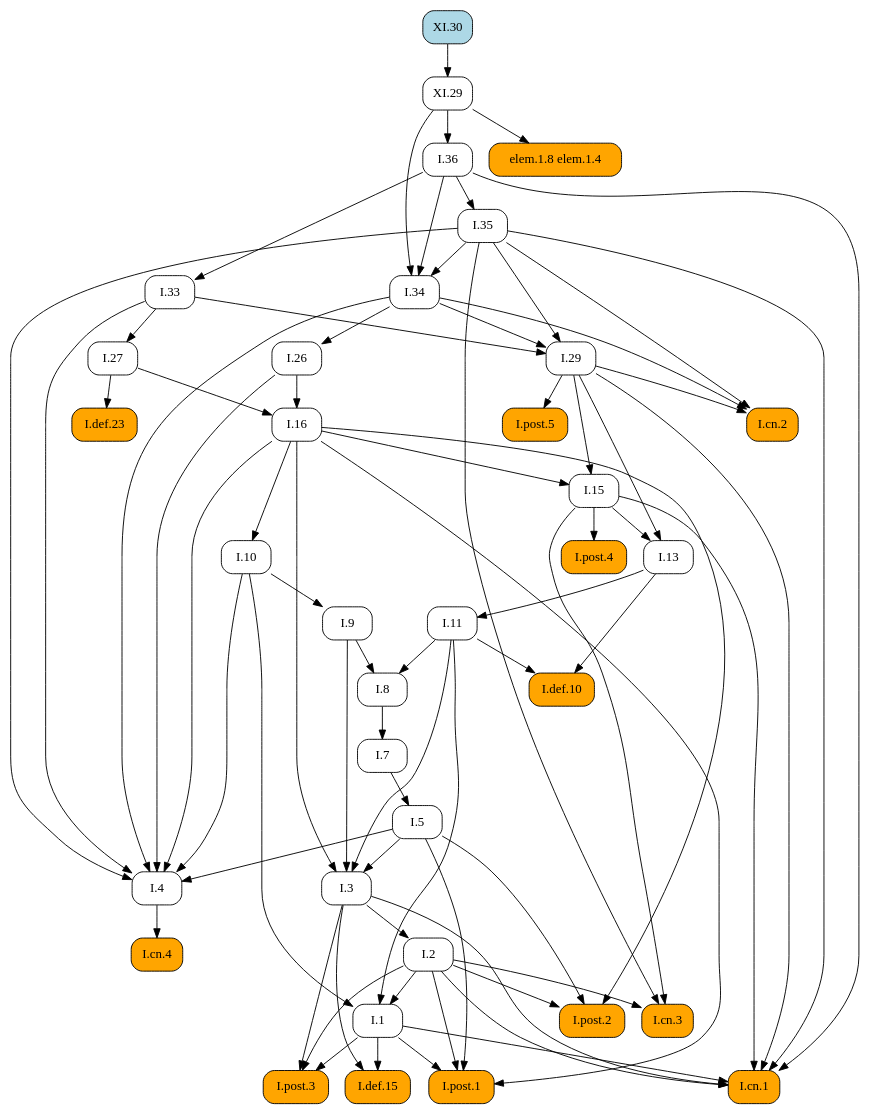
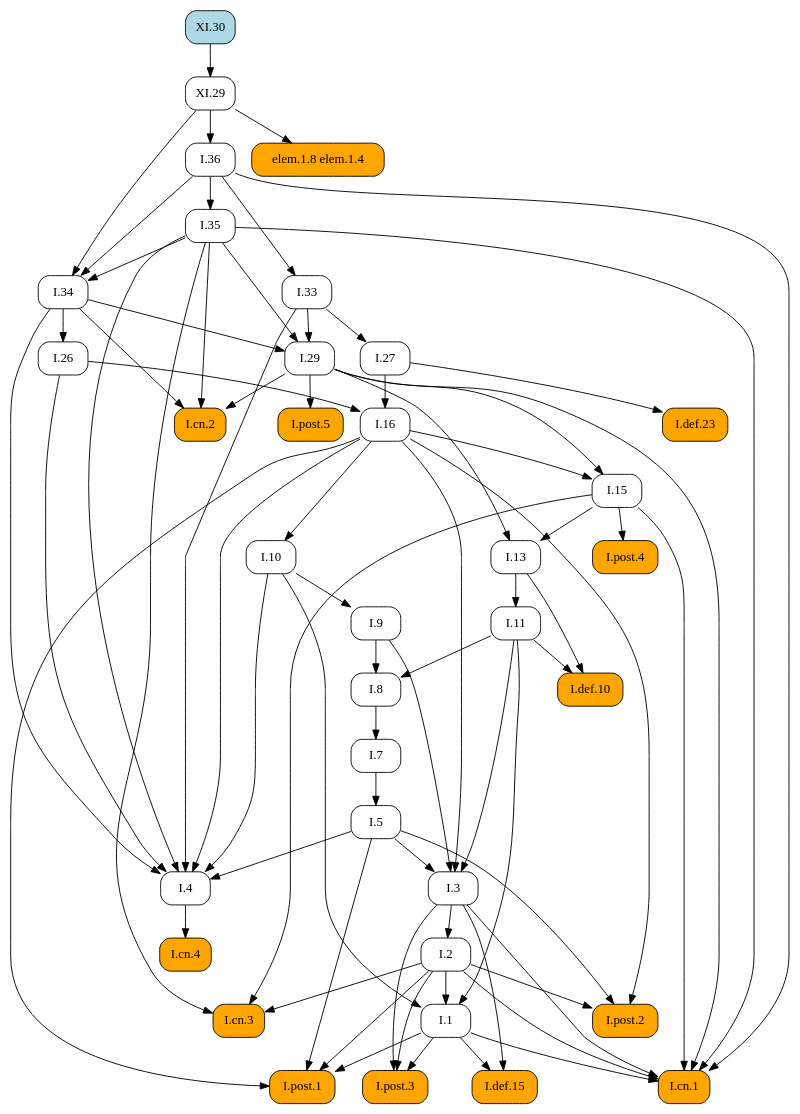
The diagram in docsrc/heath/XI/30/index.rst (geometor/elements), drawn with Graphviz before and after one commit. The commit also changed other lines of this file and 1029 other files, not shown here.

```diff
--- a/docsrc/heath/XI/30/index.rst
+++ b/docsrc/heath/XI/30/index.rst
@@ -37,78 +37,87 @@
    digraph {
      rankdir="TB";
      node [shape=box, style=rounded];
+     "I.def.10" [style="rounded,filled", fillcolor=orange, URL="/heath/I/def.10/", target="_top"];
+     "I.11" [URL="/heath/I/11/", target="_top"];
+     "I.post.4" [style="rounded,filled", fillcolor=orange, URL="/heath/I/post.4/", target="_top"];
+     "I.1" [URL="/heath/I/1/", target="_top"];
+     "I.26" [URL="/heath/I/26/", target="_top"];
+     "I.29" [URL="/heath/I/29/", target="_top"];
+     "I.cn.2" [style="rounded,filled", fillcolor=orange, URL="/heath/I/cn.2/", target="_top"];
+     "XI.30" [style="rounded,filled", fillcolor=lightblue, URL="/heath/XI/30/", target="_top"];
+     "I.def.15" [style="rounded,filled", fillcolor=orange, URL="/heath/I/def.15/", target="_top"];
+     "I.post.3" [style="rounded,filled", fillcolor=orange, URL="/heath/I/post.3/", target="_top"];
+     "I.cn.1" [style="rounded,filled", fillcolor=orange, URL="/heath/I/cn.1/", target="_top"];
      "I.cn.3" [style="rounded,filled", fillcolor=orange, URL="/heath/I/cn.3/", target="_top"];
-     "I.29" [URL="/heath/I/29/", target="_top"];
+     "XI.29" [URL="/heath/XI/29/", target="_top"];
+     "I.post.1" [style="rounded,filled", fillcolor=orange, URL="/heath/I/post.1/", target="_top"];
+     "I.35" [URL="/heath/I/35/", target="_top"];
+     "I.36" [URL="/heath/I/36/", target="_top"];
+     "I.27" [URL="/heath/I/27/", target="_top"];
      "I.7" [URL="/heath/I/7/", target="_top"];
-     "I.27" [URL="/heath/I/27/", target="_top"];
+     "I.34" [URL="/heath/I/34/", target="_top"];
+     "I.3" [URL="/heath/I/3/", target="_top"];
+     "I.2" [URL="/heath/I/2/", target="_top"];
+     "I.4" [URL="/heath/I/4/", target="_top"];
      "I.def.23" [style="rounded,filled", fillcolor=orange, URL="/heath/I/def.23/", target="_top"];
-     "I.34" [URL="/heath/I/34/", target="_top"];
+     "elem.1.8 elem.1.4" [style="rounded,filled", fillcolor=orange];
+     "I.13" [URL="/heath/I/13/", target="_top"];
+     "I.33" [URL="/heath/I/33/", target="_top"];
+     "I.post.2" [style="rounded,filled", fillcolor=orange, URL="/heath/I/post.2/", target="_top"];
+     "I.16" [URL="/heath/I/16/", target="_top"];
+     "I.9" [URL="/heath/I/9/", target="_top"];
      "I.8" [URL="/heath/I/8/", target="_top"];
-     "I.9" [URL="/heath/I/9/", target="_top"];
-     "I.post.4" [style="rounded,filled", fillcolor=orange, URL="/heath/I/post.4/", target="_top"];
-     "I.2" [URL="/heath/I/2/", target="_top"];
-     "I.def.15" [style="rounded,filled", fillcolor=orange, URL="/heath/I/def.15/", target="_top"];
-     "I.1" [URL="/heath/I/1/", target="_top"];
-     "I.post.1" [style="rounded,filled", fillcolor=orange, URL="/heath/I/post.1/", target="_top"];
      "I.cn.4" [style="rounded,filled", fillcolor=orange, URL="/heath/I/cn.4/", target="_top"];
-     "I.26" [URL="/heath/I/26/", target="_top"];
-     "I.33" [URL="/heath/I/33/", target="_top"];
-     "I.13" [URL="/heath/I/13/", target="_top"];
-     "I.cn.2" [style="rounded,filled", fillcolor=orange, URL="/heath/I/cn.2/", target="_top"];
+     "I.15" [URL="/heath/I/15/", target="_top"];
+     "I.post.5" [style="rounded,filled", fillcolor=orange, URL="/heath/I/post.5/", target="_top"];
+     "I.10" [URL="/heath/I/10/", target="_top"];
      "I.5" [URL="/heath/I/5/", target="_top"];
-     "I.11" [URL="/heath/I/11/", target="_top"];
-     "I.10" [URL="/heath/I/10/", target="_top"];
-     "I.4" [URL="/heath/I/4/", target="_top"];
-     "I.3" [URL="/heath/I/3/", target="_top"];
-     "I.16" [URL="/heath/I/16/", target="_top"];
-     "I.def.10" [style="rounded,filled", fillcolor=orange, URL="/heath/I/def.10/", target="_top"];
-     "XI.29" [URL="/heath/XI/29/", target="_top"];
-     "I.post.2" [style="rounded,filled", fillcolor=orange, URL="/heath/I/post.2/", target="_top"];
-     "I.post.3" [style="rounded,filled", fillcolor=orange, URL="/heath/I/post.3/", target="_top"];
-     "I.post.5" [style="rounded,filled", fillcolor=orange, URL="/heath/I/post.5/", target="_top"];
-     "XI.30" [style="rounded,filled", fillcolor=lightblue, URL="/heath/XI/30/", target="_top"];
-     "I.36" [URL="/heath/I/36/", target="_top"];
-     "I.35" [URL="/heath/I/35/", target="_top"];
-     "I.15" [URL="/heath/I/15/", target="_top"];
-     "I.cn.1" [style="rounded,filled", fillcolor=orange, URL="/heath/I/cn.1/", target="_top"];
-     "elem.1.8 elem.1.4" [style="rounded,filled", fillcolor=orange];
+     "I.11" -> "I.def.10";
+     "I.13" -> "I.def.10";
+     "I.13" -> "I.11";
+     "I.15" -> "I.post.4";
+     "I.2" -> "I.1";
+     "I.10" -> "I.1";
+     "I.11" -> "I.1";
+     "I.34" -> "I.26";
+     "I.33" -> "I.29";
+     "I.34" -> "I.29";
+     "I.35" -> "I.29";
+     "I.29" -> "I.cn.2";
+     "I.34" -> "I.cn.2";
+     "I.35" -> "I.cn.2";
+     "I.1" -> "I.def.15";
+     "I.3" -> "I.def.15";
+     "I.1" -> "I.post.3";
+     "I.2" -> "I.post.3";
+     "I.3" -> "I.post.3";
+     "I.1" -> "I.cn.1";
+     "I.2" -> "I.cn.1";
+     "I.3" -> "I.cn.1";
+     "I.15" -> "I.cn.1";
+     "I.29" -> "I.cn.1";
+     "I.35" -> "I.cn.1";
+     "I.36" -> "I.cn.1";
      "I.2" -> "I.cn.3";
      "I.15" -> "I.cn.3";
      "I.35" -> "I.cn.3";
-     "I.33" -> "I.29";
-     "I.34" -> "I.29";
-     "I.35" -> "I.29";
-     "I.8" -> "I.7";
-     "I.33" -> "I.27";
-     "I.27" -> "I.def.23";
-     "I.35" -> "I.34";
-     "I.36" -> "I.34";
-     "XI.29" -> "I.34";
-     "I.9" -> "I.8";
-     "I.11" -> "I.8";
-     "I.10" -> "I.9";
-     "I.15" -> "I.post.4";
-     "I.3" -> "I.2";
-     "I.1" -> "I.def.15";
-     "I.3" -> "I.def.15";
-     "I.2" -> "I.1";
-     "I.10" -> "I.1";
-     "I.11" -> "I.1";
+     "XI.30" -> "XI.29";
      "I.1" -> "I.post.1";
      "I.2" -> "I.post.1";
      "I.5" -> "I.post.1";
      "I.16" -> "I.post.1";
-     "I.4" -> "I.cn.4";
-     "I.34" -> "I.26";
-     "I.36" -> "I.33";
-     "I.15" -> "I.13";
-     "I.29" -> "I.13";
-     "I.29" -> "I.cn.2";
-     "I.34" -> "I.cn.2";
-     "I.35" -> "I.cn.2";
-     "I.7" -> "I.5";
-     "I.13" -> "I.11";
-     "I.16" -> "I.10";
+     "I.36" -> "I.35";
+     "XI.29" -> "I.36";
+     "I.33" -> "I.27";
+     "I.8" -> "I.7";
+     "I.35" -> "I.34";
+     "I.36" -> "I.34";
+     "XI.29" -> "I.34";
+     "I.5" -> "I.3";
+     "I.9" -> "I.3";
+     "I.11" -> "I.3";
+     "I.16" -> "I.3";
+     "I.3" -> "I.2";
      "I.5" -> "I.4";
      "I.10" -> "I.4";
      "I.16" -> "I.4";
@@ -116,32 +125,23 @@
      "I.33" -> "I.4";
      "I.34" -> "I.4";
      "I.35" -> "I.4";
-     "I.5" -> "I.3";
-     "I.9" -> "I.3";
-     "I.11" -> "I.3";
-     "I.16" -> "I.3";
-     "I.26" -> "I.16";
-     "I.27" -> "I.16";
-     "I.11" -> "I.def.10";
-     "I.13" -> "I.def.10";
-     "XI.30" -> "XI.29";
+     "I.27" -> "I.def.23";
+     "XI.29" -> "elem.1.8 elem.1.4";
+     "I.15" -> "I.13";
+     "I.29" -> "I.13";
+     "I.36" -> "I.33";
      "I.2" -> "I.post.2";
      "I.5" -> "I.post.2";
      "I.16" -> "I.post.2";
-     "I.1" -> "I.post.3";
-     "I.2" -> "I.post.3";
-     "I.3" -> "I.post.3";
-     "I.29" -> "I.post.5";
-     "XI.29" -> "I.36";
-     "I.36" -> "I.35";
+     "I.26" -> "I.16";
+     "I.27" -> "I.16";
+     "I.10" -> "I.9";
+     "I.9" -> "I.8";
+     "I.11" -> "I.8";
+     "I.4" -> "I.cn.4";
      "I.16" -> "I.15";
      "I.29" -> "I.15";
-     "I.1" -> "I.cn.1";
-     "I.2" -> "I.cn.1";
-     "I.3" -> "I.cn.1";
-     "I.15" -> "I.cn.1";
-     "I.29" -> "I.cn.1";
-     "I.35" -> "I.cn.1";
-     "I.36" -> "I.cn.1";
-     "XI.29" -> "elem.1.8 elem.1.4";
+     "I.29" -> "I.post.5";
+     "I.16" -> "I.10";
+     "I.7" -> "I.5";
    }
```
